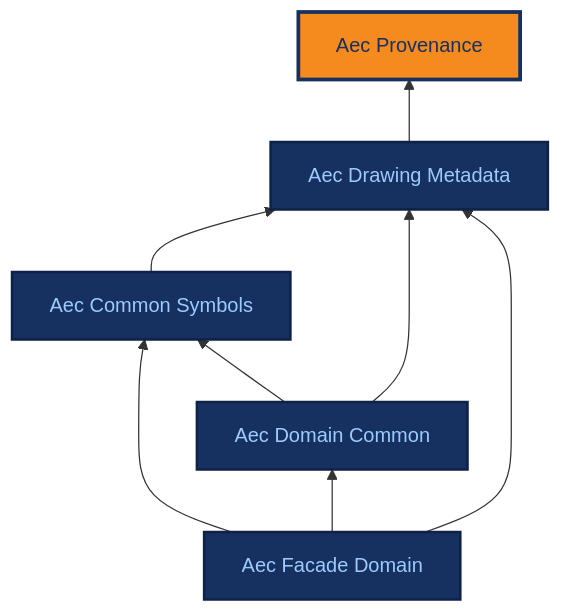
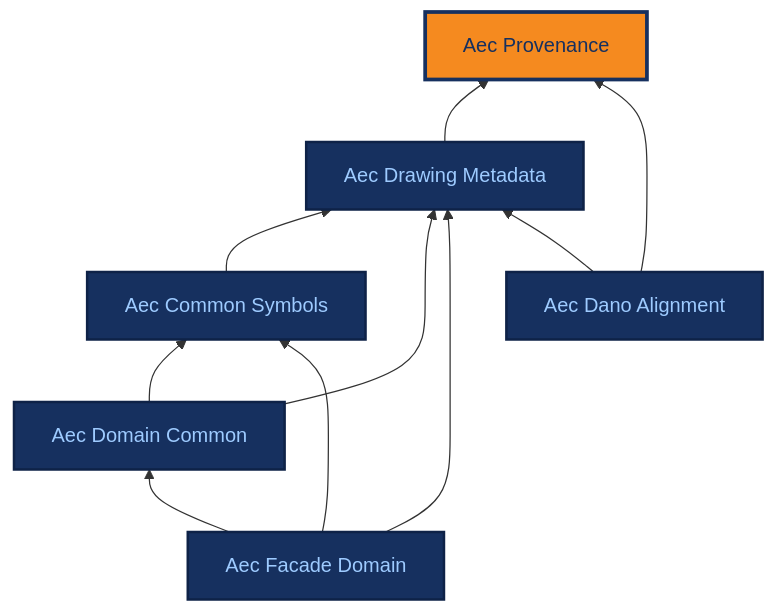
One commit to BuroHappoldMachineLearning/ADIRO changed the diagram in docs/ontologies/aec_provenance.md. Above: the diagram before and after it, drawn with Mermaid. The commit also changed 11 other files, not shown here.

````diff
--- a/docs/ontologies/aec_provenance.md
+++ b/docs/ontologies/aec_provenance.md
@@ -16,25 +16,29 @@
 ```mermaid
 %%{init: {"themeCSS": ".base .nodeLabel,.base .nodeLabel p,.base text,.base tspan{fill:#9ecbff !important;color:#9ecbff !important}.current .nodeLabel,.current .nodeLabel p,.current text,.current tspan{fill:#16305f !important;color:#16305f !important}"} }%%
 graph BT
     aec_provenance["Aec Provenance"]
     aec_drawing_metadata["Aec Drawing Metadata"]
     aec_common_symbols["Aec Common Symbols"]
     aec_domain_common["Aec Domain Common"]
     aec_facade_domain["Aec Facade Domain"]
+    aec_dano_alignment["Aec Dano Alignment"]
     aec_drawing_metadata --> aec_provenance
     aec_common_symbols --> aec_drawing_metadata
     aec_domain_common --> aec_common_symbols
     aec_domain_common --> aec_drawing_metadata
     aec_facade_domain --> aec_common_symbols
     aec_facade_domain --> aec_domain_common
     aec_facade_domain --> aec_drawing_metadata
+    aec_dano_alignment --> aec_drawing_metadata
+    aec_dano_alignment --> aec_provenance
     click aec_provenance "../aec_provenance/" "Aec Provenance reference page"
     click aec_drawing_metadata "../aec_drawing_metadata/" "Aec Drawing Metadata reference page"
     click aec_common_symbols "../aec_common_symbols/" "Aec Common Symbols reference page"
     click aec_domain_common "../aec_domain_common/" "Aec Domain Common reference page"
     click aec_facade_domain "../aec_facade_domain/" "Aec Facade Domain reference page"
+    click aec_dano_alignment "../aec_dano_alignment/" "Aec Dano Alignment reference page"
     classDef base fill:#16305f,stroke:#0e2247,stroke-width:2px,color:#9ecbff;
-    class aec_drawing_metadata,aec_common_symbols,aec_domain_common,aec_facade_domain base;
+    class aec_drawing_metadata,aec_common_symbols,aec_domain_common,aec_facade_domain,aec_dano_alignment base;
     classDef current fill:#f58a1f,stroke:#16305f,stroke-width:3px,color:#16305f;
     class aec_provenance current;
 ```
````
